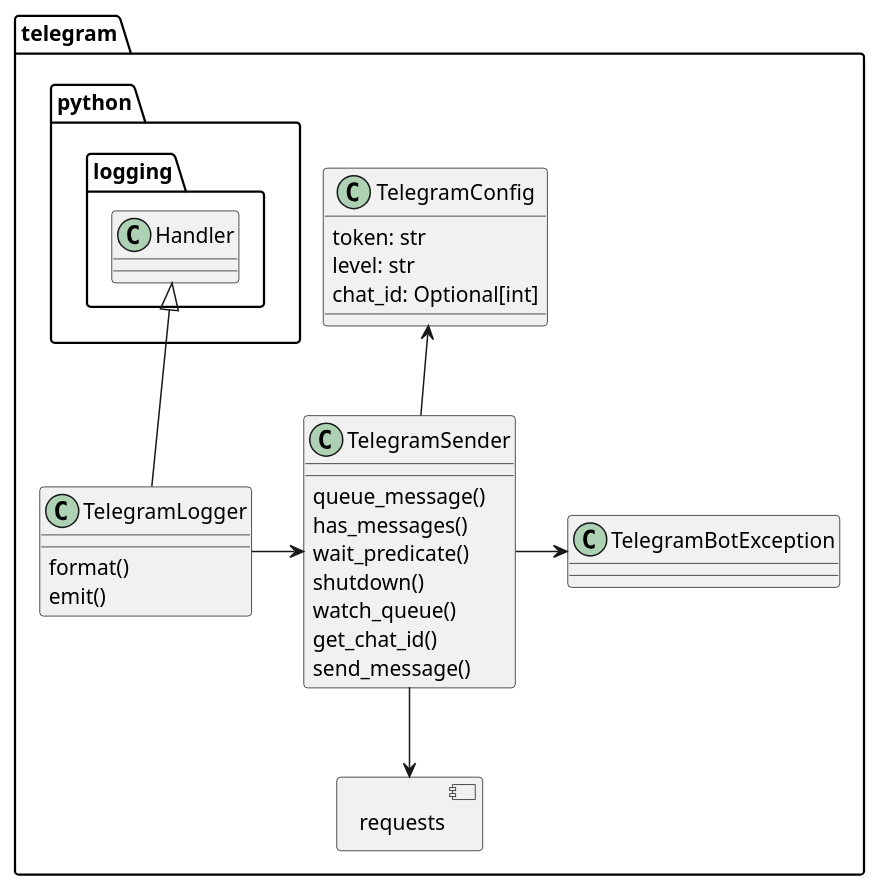
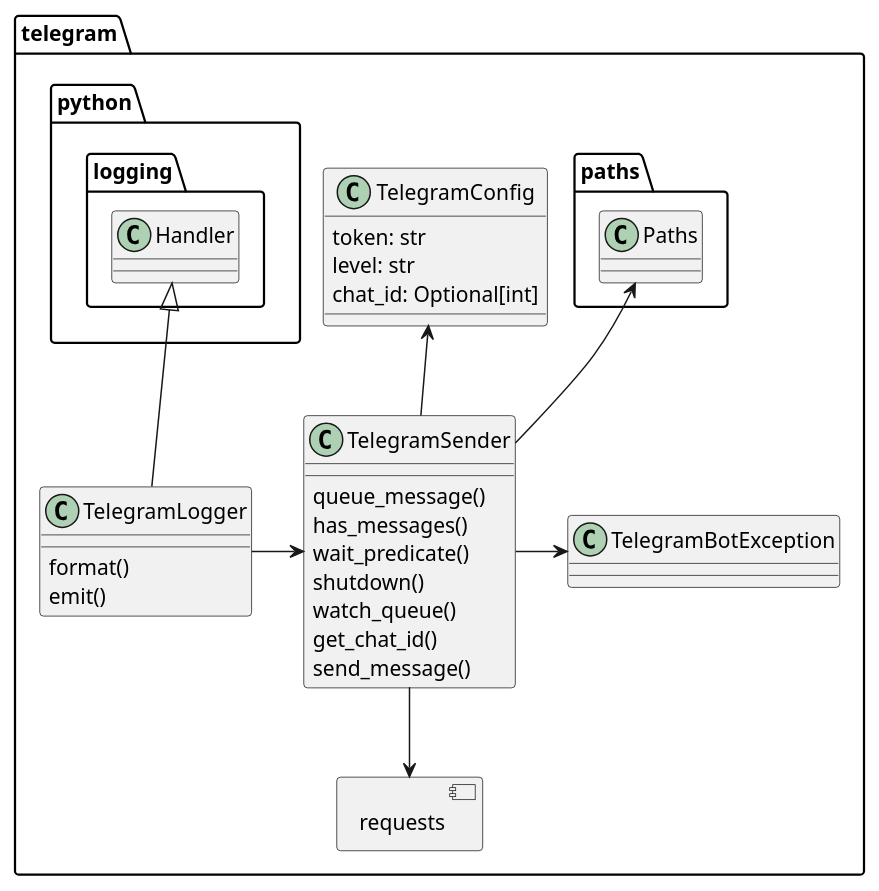
Before and after one commit to martin-ueding/vigilant-crypto-snatch: the diagram in docs/dev/graphs/telegram.puml, drawn with PlantUML. The commit also changed 3 other files, not shown here.

```diff
--- a/docs/dev/graphs/telegram.puml
+++ b/docs/dev/graphs/telegram.puml
@@ -1,38 +1,39 @@
 @startuml
 
 allowmixing
 
 namespace telegram {
 component requests
 
 class TelegramConfig {
     token: str
     level: str
     chat_id: Optional[int]
 }
 
 class TelegramLogger extends python.logging.Handler {
 format()
 emit()
 }
 
 class TelegramBotException
 
 class TelegramSender {
     queue_message()
     has_messages()
     wait_predicate()
     shutdown()
     watch_queue()
     get_chat_id()
     send_message()
 }
 
 TelegramConfig <-- TelegramSender
 
 TelegramLogger -> TelegramSender
 TelegramSender --> requests
 TelegramSender -> TelegramBotException
+paths.Paths <-- TelegramSender
 
 }
 @enduml
```
